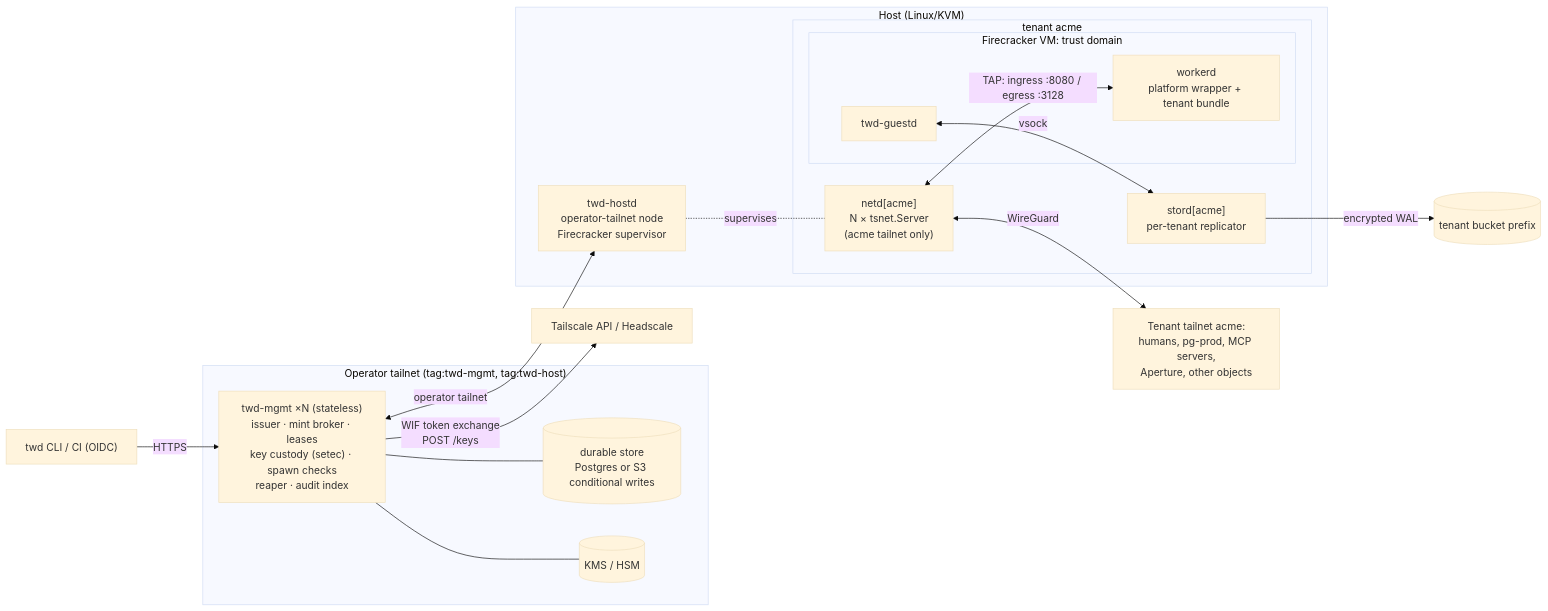
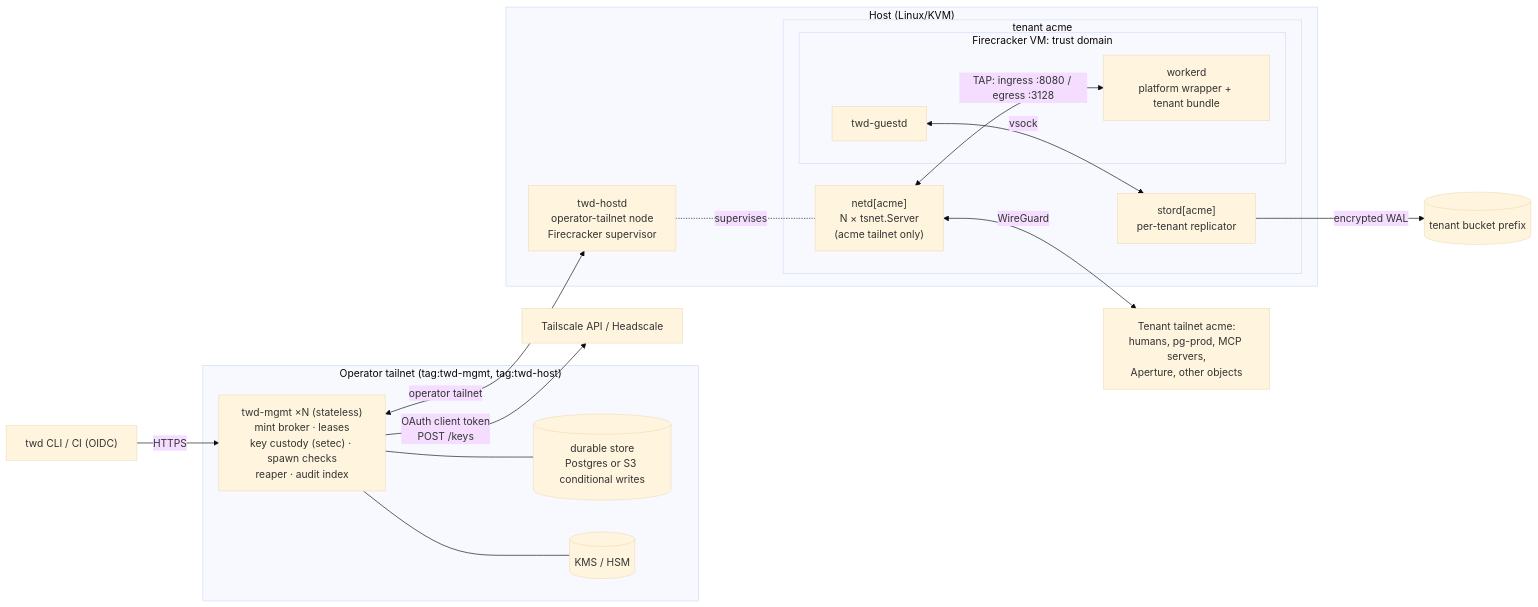
The first of 7 diagrams in docs/design/RFC.md (XSY-28/tailworks), drawn with Mermaid (base theme) before and after one commit. The commit also changed other lines of this file and 151 other files, not shown here.

First line of the commit message:
Remove the apikey and WIF mint modes: Tailscale minting is OAuth-client only (ADR-oauth-only-minting)

````diff
--- a/docs/design/RFC.md
+++ b/docs/design/RFC.md
@@ -75,29 +75,29 @@
 ```mermaid
 flowchart LR
   subgraph OP["Operator tailnet (tag:twd-mgmt, tag:twd-host)"]
-    MGMT["twd-mgmt ×N (stateless)<br/>issuer · mint broker · leases<br/>key custody (setec) · spawn checks<br/>reaper · audit index"]
+    MGMT["twd-mgmt ×N (stateless)<br/>mint broker · leases<br/>key custody (setec) · spawn checks<br/>reaper · audit index"]
     STORE[("durable store<br/>Postgres or S3 conditional writes")]
     KMS[("KMS / HSM")]
     MGMT --- STORE
     MGMT --- KMS
   end
   subgraph H["Host (Linux/KVM)"]
     HOSTD["twd-hostd<br/>operator-tailnet node<br/>Firecracker supervisor"]
     subgraph TA["tenant acme"]
       NETD["netd[acme]<br/>N × tsnet.Server<br/>(acme tailnet only)"]
       STORD["stord[acme]<br/>per-tenant replicator"]
       subgraph VM["Firecracker VM: trust domain"]
         GUESTD["twd-guestd"]
         WD["workerd<br/>platform wrapper + tenant bundle"]
       end
       NETD <-- "TAP: ingress :8080 / egress :3128" --> WD
       GUESTD <-- vsock --> STORD
     end
     HOSTD -. supervises .- NETD
   end
   CLI["twd CLI / CI (OIDC)"] -->|HTTPS| MGMT
   MGMT <-->|operator tailnet| HOSTD
-  MGMT -->|WIF token exchange<br/>POST /keys| TSAPI["Tailscale API / Headscale"]
+  MGMT -->|OAuth client token<br/>POST /keys| TSAPI["Tailscale API / Headscale"]
   NETD <-->|WireGuard| TN["Tenant tailnet acme:<br/>humans, pg-prod, MCP servers,<br/>Aperture, other objects"]
   STORD -->|encrypted WAL| BKT[("tenant bucket prefix")]
 ```
````
